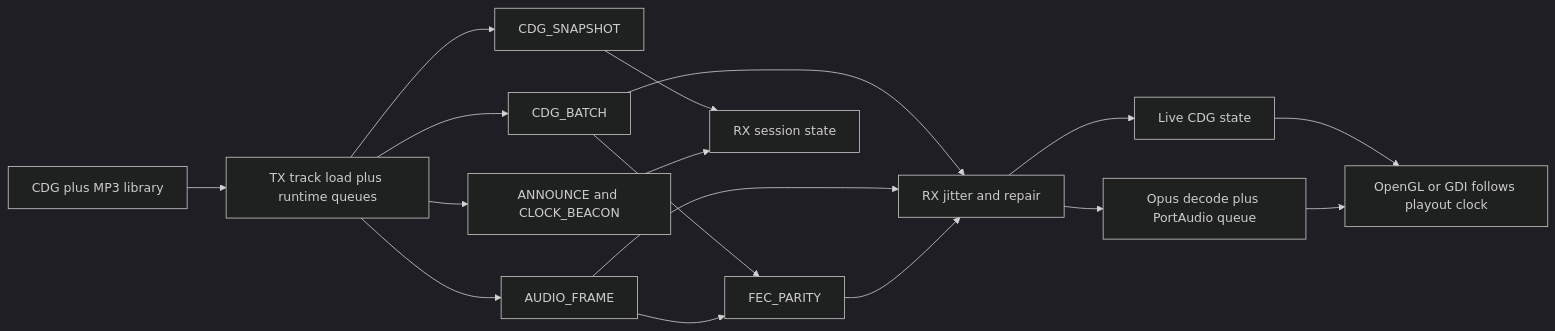
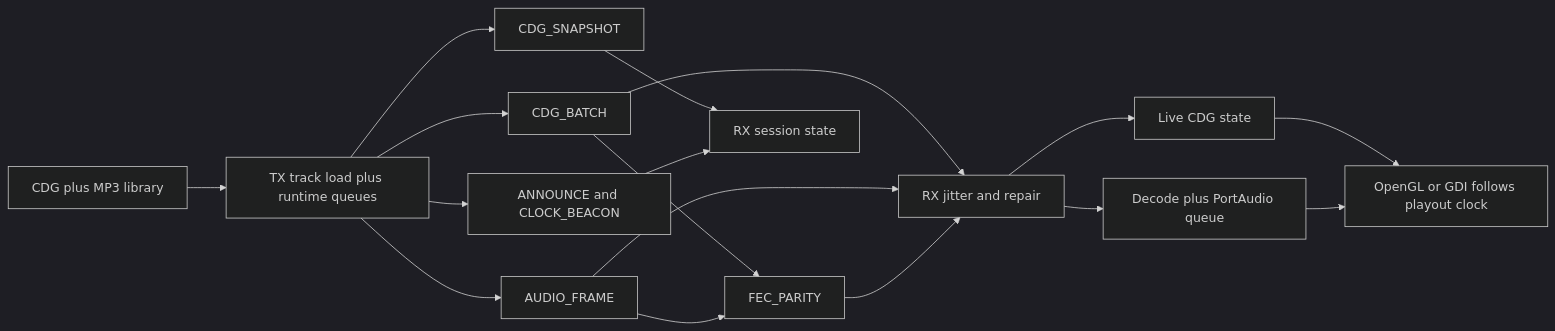
Before and after one commit to andrew867/dashcdg: the diagram in README.md, drawn with Mermaid (dark theme). The commit also changed other lines of this file and 19 other files, not shown here.

````diff
--- a/README.md
+++ b/README.md
@@ -216,19 +177,19 @@
 ```mermaid
 flowchart LR
-    src[CDG plus MP3 library] --> txprep[TX track load plus runtime queues]
-    txprep --> ann[ANNOUNCE and CLOCK_BEACON]
-    txprep --> ach[AUDIO_FRAME]
-    txprep --> cb[CDG_BATCH]
-    txprep --> snap[CDG_SNAPSHOT]
-    ach --> fec[FEC_PARITY]
-    cb --> fec
-    ann --> rxstate[RX session state]
-    snap --> rxstate
-    fec --> rxjit[RX jitter and repair]
-    ach --> rxjit
-    cb --> rxjit
-    rxjit --> rxaud[Opus decode plus PortAudio queue]
-    rxjit --> rxcdg[Live CDG state]
-    rxaud --> render[OpenGL or GDI follows playout clock]
-    rxcdg --> render
+  src[CDG plus MP3 library] --> txprep[TX track load plus runtime queues]
+  txprep --> ann[ANNOUNCE and CLOCK_BEACON]
+  txprep --> ach[AUDIO_FRAME]
+  txprep --> cb[CDG_BATCH]
+  txprep --> snap[CDG_SNAPSHOT]
+  ach --> fec[FEC_PARITY]
+  cb --> fec
+  ann --> rxstate[RX session state]
+  snap --> rxstate
+  fec --> rxjit[RX jitter and repair]
+  ach --> rxjit
+  cb --> rxjit
+  rxjit --> rxaud[Decode plus PortAudio queue]
+  rxjit --> rxcdg[Live CDG state]
+  rxaud --> render[OpenGL or GDI follows playout clock]
+  rxcdg --> render
 ```
````
